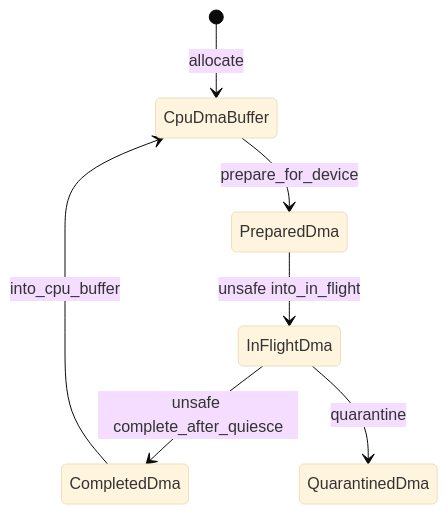
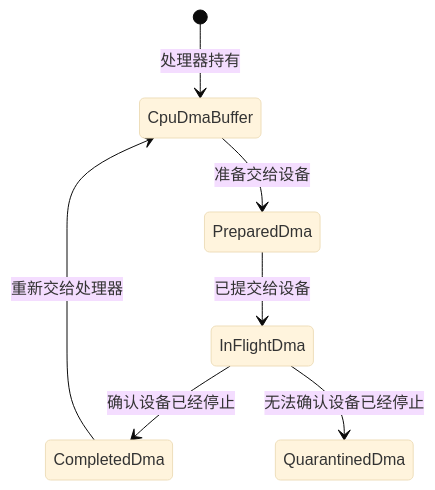
Before and after one commit to 451846939/tgoskits: the fourth of 4 diagrams in docs/docs/architecture/memory/dma.md, drawn with Mermaid (base theme). The commit also changed other lines of this file and 137 other files, not shown here.

First line of the commit message:
feat(dma-api): add device DMA coherency with uncached-alias remap (#2106)

````diff
--- a/docs/docs/architecture/memory/dma.md
+++ b/docs/docs/architecture/memory/dma.md
@@ -200,9 +184,9 @@
 ```mermaid
 stateDiagram-v2
-    [*] --> CpuDmaBuffer: allocate
-    CpuDmaBuffer --> PreparedDma: prepare_for_device
-    PreparedDma --> InFlightDma: unsafe into_in_flight
-    InFlightDma --> CompletedDma: unsafe complete_after_quiesce
-    CompletedDma --> CpuDmaBuffer: into_cpu_buffer
-    InFlightDma --> QuarantinedDma: quarantine
+    [*] --> CpuDmaBuffer: 处理器持有
+    CpuDmaBuffer --> PreparedDma: 准备交给设备
+    PreparedDma --> InFlightDma: 已提交给设备
+    InFlightDma --> CompletedDma: 确认设备已经停止
+    CompletedDma --> CpuDmaBuffer: 重新交给处理器
+    InFlightDma --> QuarantinedDma: 无法确认设备已经停止
 ```
````
